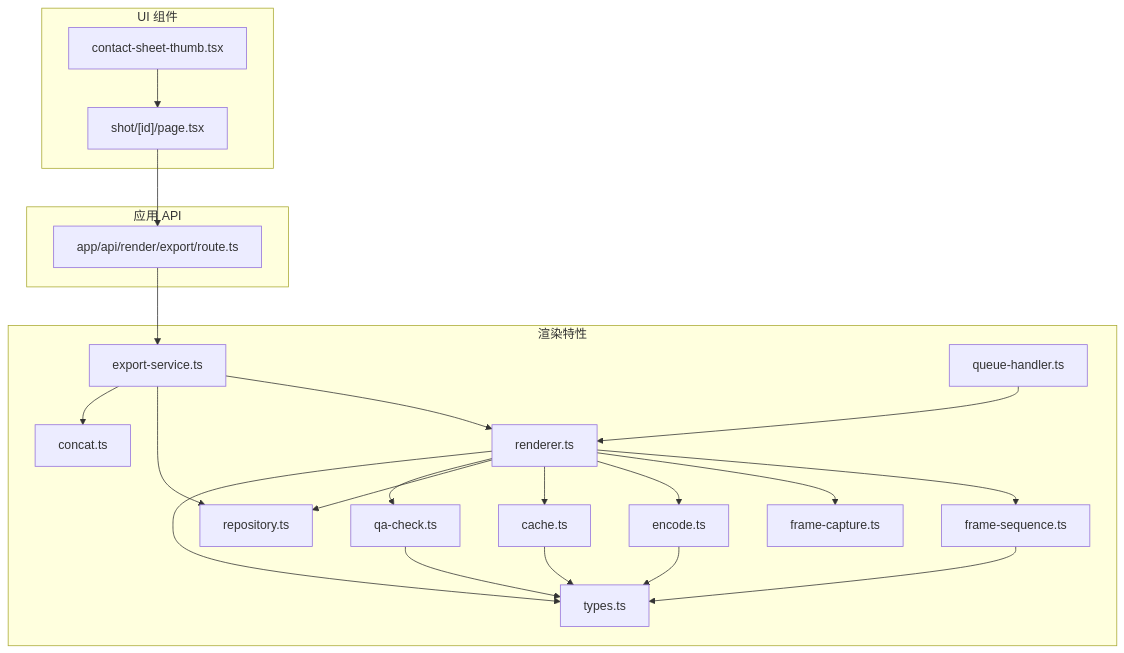
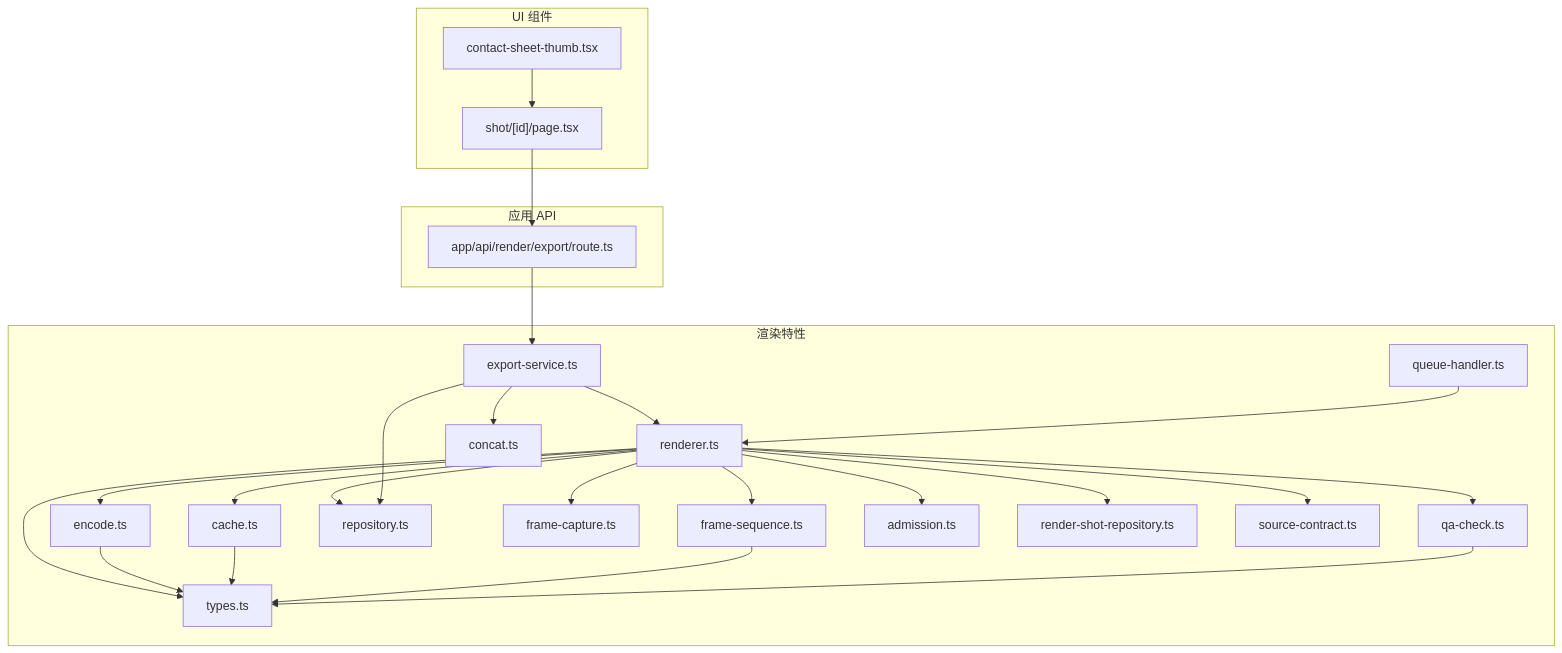
One commit to AIMFllyYS/code-video-canvas changed the first of 27 diagrams in .qoder/repowiki/zh/content/架构设计/核心模块设计/渲染引擎设计/渲染引擎设计.md. Above: the diagram before and after it, drawn with Mermaid. The commit also changed other lines of this file and 44 other files, not shown here.

````diff
--- a/.qoder/repowiki/zh/content/架构设计/核心模块设计/渲染引擎设计/渲染引擎设计.md
+++ b/.qoder/repowiki/zh/content/架构设计/核心模块设计/渲染引擎设计/渲染引擎设计.md
@@ -75,41 +88,47 @@
 ```mermaid
 graph TB
 subgraph "渲染特性"
 R["renderer.ts"]
 FS["frame-sequence.ts"]
 ENC["encode.ts"]
 C["cache.ts"]
 T["types.ts"]
 EXP["export-service.ts"]
 REPO["repository.ts"]
 QH["queue-handler.ts"]
 FC["frame-capture.ts"]
 CAT["concat.ts"]
 QA["qa-check.ts"]
+ADM["admission.ts"]
+RSR["render-shot-repository.ts"]
+SC["source-contract.ts"]
 end
 subgraph "应用 API"
 RT["app/api/render/export/route.ts"]
 end
 subgraph "UI 组件"
 THUMB["contact-sheet-thumb.tsx"]
 SHOT_PAGE["shot/[id]/page.tsx"]
 end
 RT --> EXP
 EXP --> R
 R --> FS
 R --> FC
 R --> ENC
 R --> C
 R --> REPO
 R --> QA
+R --> ADM
+R --> RSR
+R --> SC
 EXP --> REPO
 EXP --> CAT
 R --> T
 ENC --> T
 C --> T
 FS --> T
 QA --> T
 QH --> R
 THUMB --> SHOT_PAGE
 SHOT_PAGE --> RT
 ```
````
